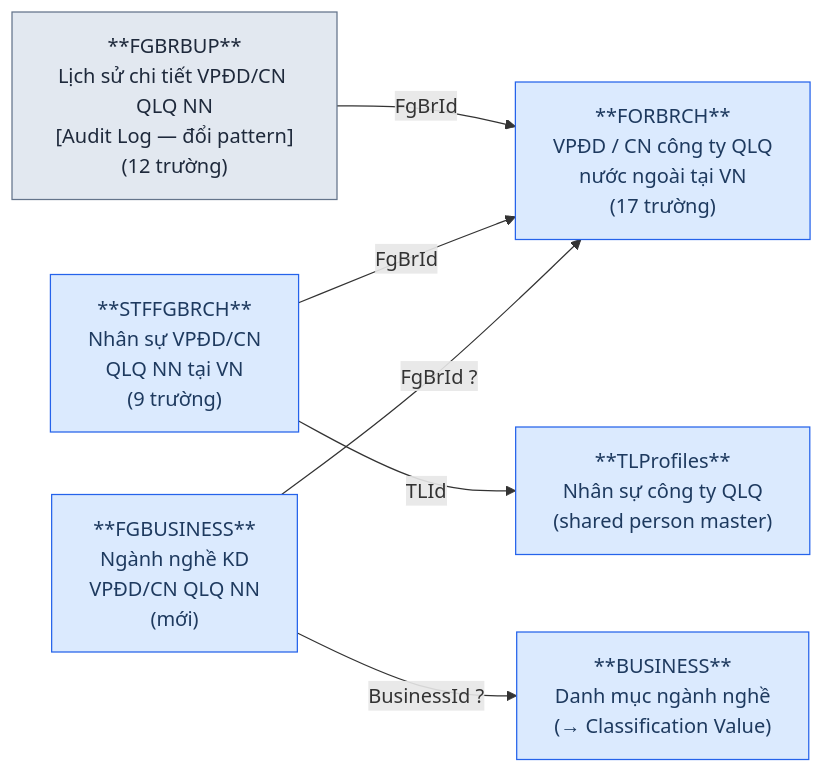
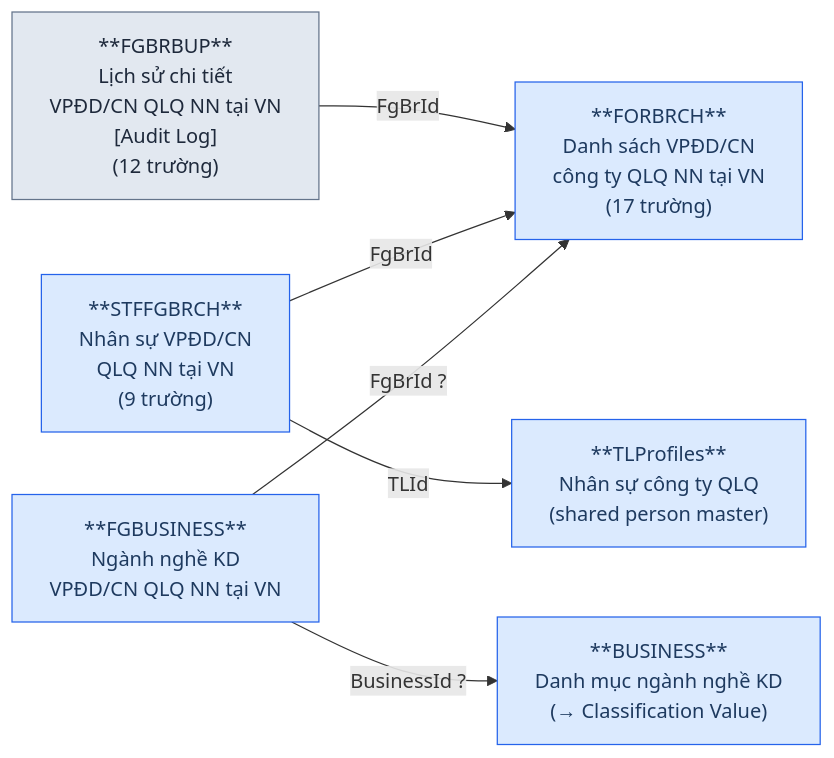
Before and after one commit to linhlvit/ubck_atomic_design: diagram 17 of 30 in Silver/hld/FMS_relationship_diagram.md, drawn with Mermaid. The commit also changed other lines of this file, not shown here.

````diff
--- a/Silver/hld/FMS_relationship_diagram.md
+++ b/Silver/hld/FMS_relationship_diagram.md
@@ -426,18 +391,18 @@
 ```mermaid
 graph LR
     classDef src fill:#dbeafe,stroke:#2563eb,color:#1e3a5f
     classDef pattern fill:#e2e8f0,stroke:#64748b,color:#1e293b
 
-    FORBRCH["**FORBRCH**\nVPĐD / CN công ty QLQ\nnước ngoài tại VN\n(17 trường)"]:::src
-    FGBRBUP["**FGBRBUP**\nLịch sử chi tiết VPĐD/CN QLQ NN\n[Audit Log — đổi pattern]\n(12 trường)"]:::pattern
+    TLProfiles9["**TLProfiles**\nNhân sự công ty QLQ\n(shared person master)"]:::src
+    BUSINESS9["**BUSINESS**\nDanh mục ngành nghề KD\n(→ Classification Value)"]:::src
+    FORBRCH["**FORBRCH**\nDanh sách VPĐD/CN\ncông ty QLQ NN tại VN\n(17 trường)"]:::src
+    FGBRBUP["**FGBRBUP**\nLịch sử chi tiết\nVPĐD/CN QLQ NN tại VN\n[Audit Log]\n(12 trường)"]:::pattern
     STFFGBRCH["**STFFGBRCH**\nNhân sự VPĐD/CN\nQLQ NN tại VN\n(9 trường)"]:::src
-    FGBUSINESS["**FGBUSINESS**\nNgành nghề KD\nVPĐD/CN QLQ NN\n(mới)"]:::src
-    TLProfiles9["**TLProfiles**\nNhân sự công ty QLQ\n(shared person master)"]:::src
-    BUSINESS9["**BUSINESS**\nDanh mục ngành nghề\n(→ Classification Value)"]:::src
+    FGBUSINESS["**FGBUSINESS**\nNgành nghề KD\nVPĐD/CN QLQ NN tại VN"]:::src
 
     FGBRBUP -->|FgBrId| FORBRCH
     STFFGBRCH -->|FgBrId| FORBRCH
     STFFGBRCH -->|TLId| TLProfiles9
     FGBUSINESS -->|FgBrId ?| FORBRCH
     FGBUSINESS -->|BusinessId ?| BUSINESS9
 ```
````
